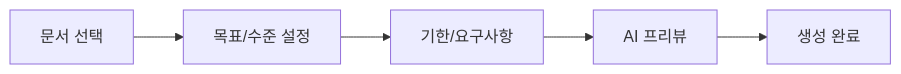
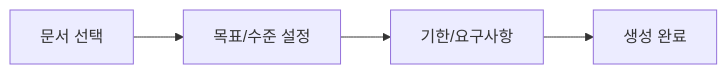
Before and after one commit to qaws7791/turbo-hono-next: the diagram in docs/03-product/features/plan-system.md, drawn with Mermaid. The commit also changed other lines of this file and 21 other files, not shown here.

````diff
--- a/docs/03-product/features/plan-system.md
+++ b/docs/03-product/features/plan-system.md
@@ -51,7 +51,6 @@
 ```mermaid
 flowchart LR
     A[문서 선택] --> B[목표/수준 설정]
     B --> C[기한/요구사항]
-    C --> D[AI 프리뷰]
-    D --> E[생성 완료]
+    C --> D[생성 완료]
 ```
````
